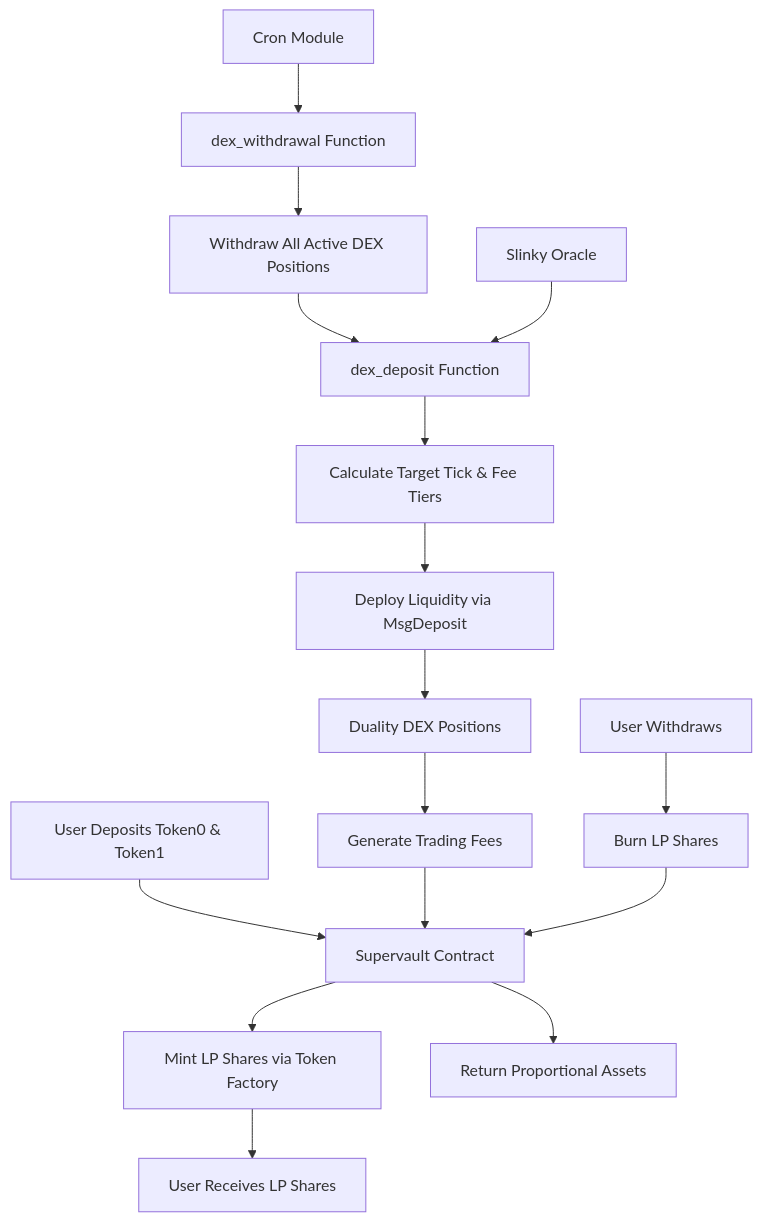
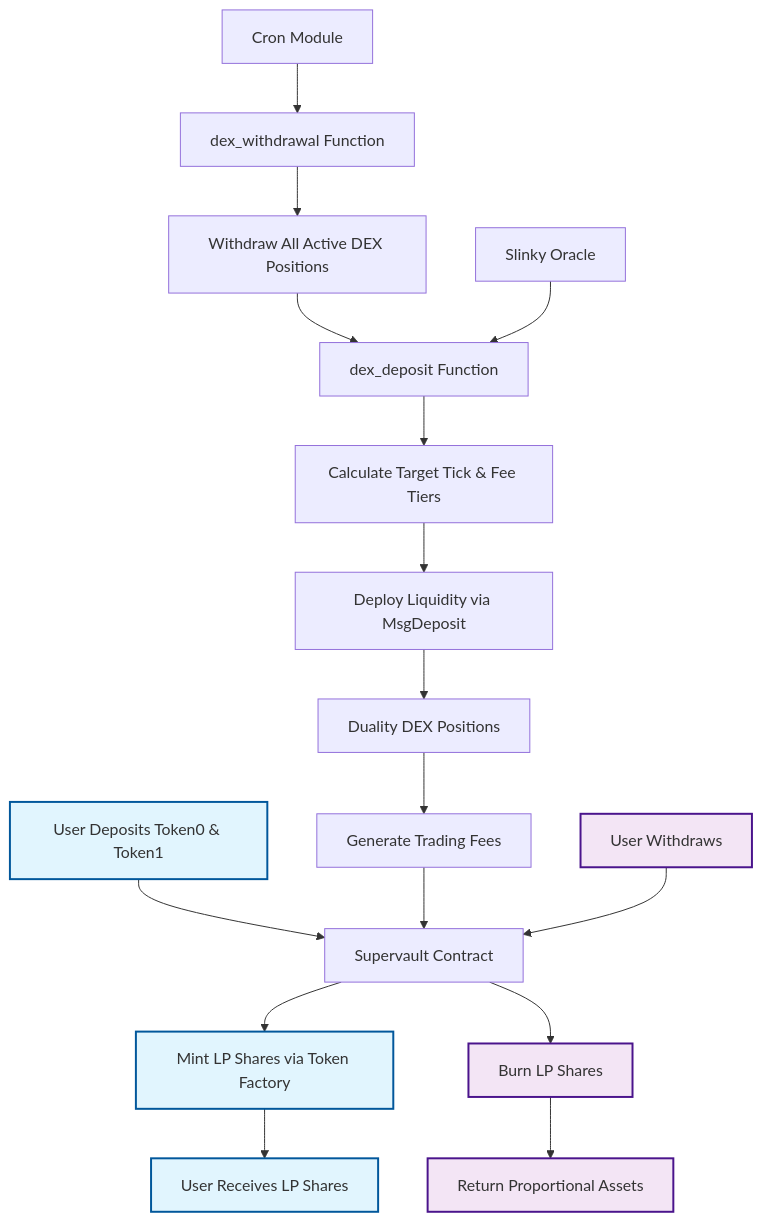
Before and after one commit to neutron-org/neutron-docs: the diagram in defi/supervaults.mdx, drawn with Mermaid. The commit also changed other lines of this file and 1 other file, not shown here.

Commit message:
Refine supervaults.mdx: fix withdrawal flow diagram and reorganize sections

````diff
--- a/defi/supervaults.mdx
+++ b/defi/supervaults.mdx
@@ -61,22 +159,28 @@
 ```mermaid
 graph TD
     A[User Deposits Token0 & Token1] --> B[Supervault Contract]
     B --> C[Mint LP Shares via Token Factory]
     C --> D[User Receives LP Shares]
     
     E[Cron Module] --> F[dex_withdrawal Function]
     F --> G[Withdraw All Active DEX Positions]
     G --> H[dex_deposit Function]
     
     I[Slinky Oracle] --> H
     H --> J[Calculate Target Tick & Fee Tiers]
     J --> K[Deploy Liquidity via MsgDeposit]
     K --> L[Duality DEX Positions]
     
     L --> M[Generate Trading Fees]
     M --> B
     
-    N[User Withdraws] --> O[Burn LP Shares]
-    O --> B
-    B --> P[Return Proportional Assets]
+    N[User Withdraws] --> B
+    B --> O[Burn LP Shares]
+    O --> P[Return Proportional Assets]
+    
+    classDef depositFlow fill:#e1f5fe,stroke:#01579b,stroke-width:2px
+    classDef withdrawalFlow fill:#f3e5f5,stroke:#4a148c,stroke-width:2px
+    
+    class A,C,D depositFlow
+    class N,O,P withdrawalFlow
 ```
````
